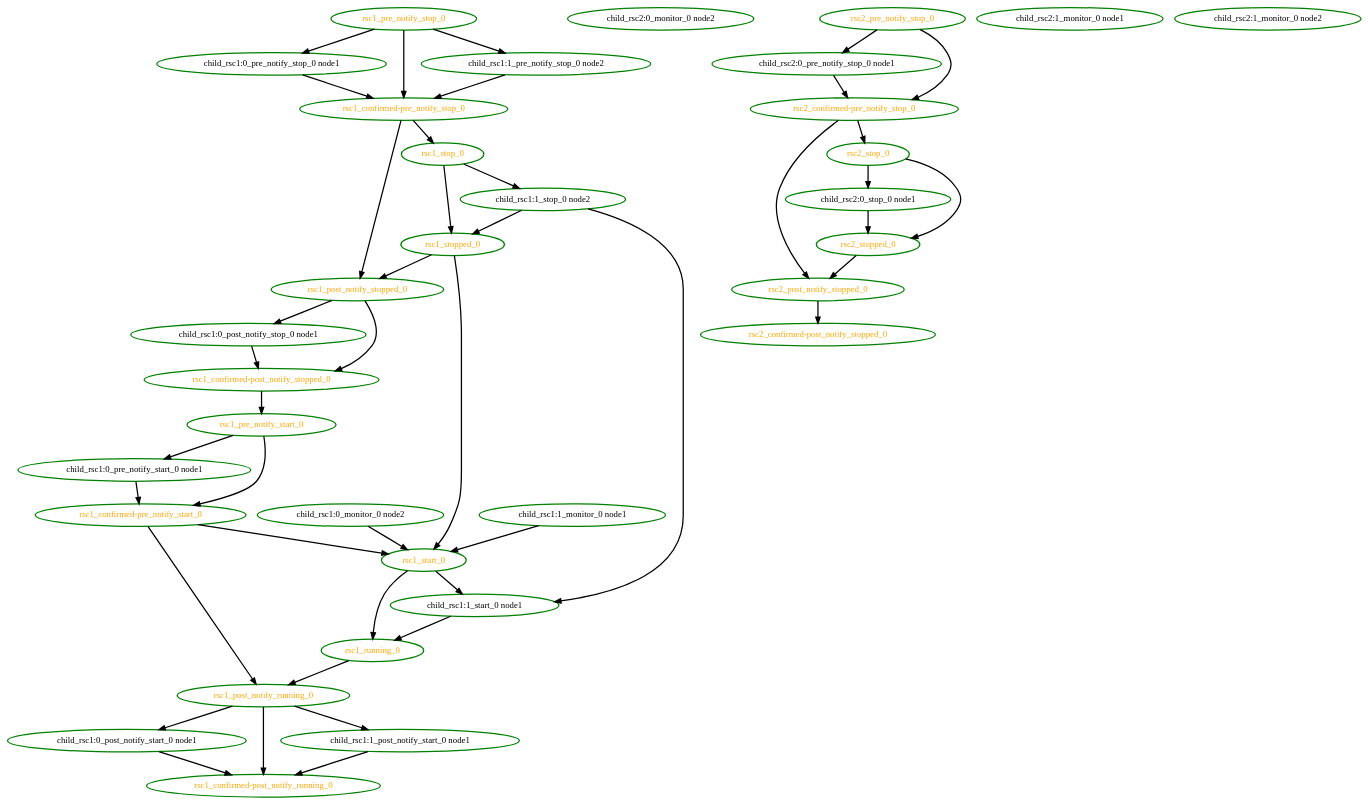
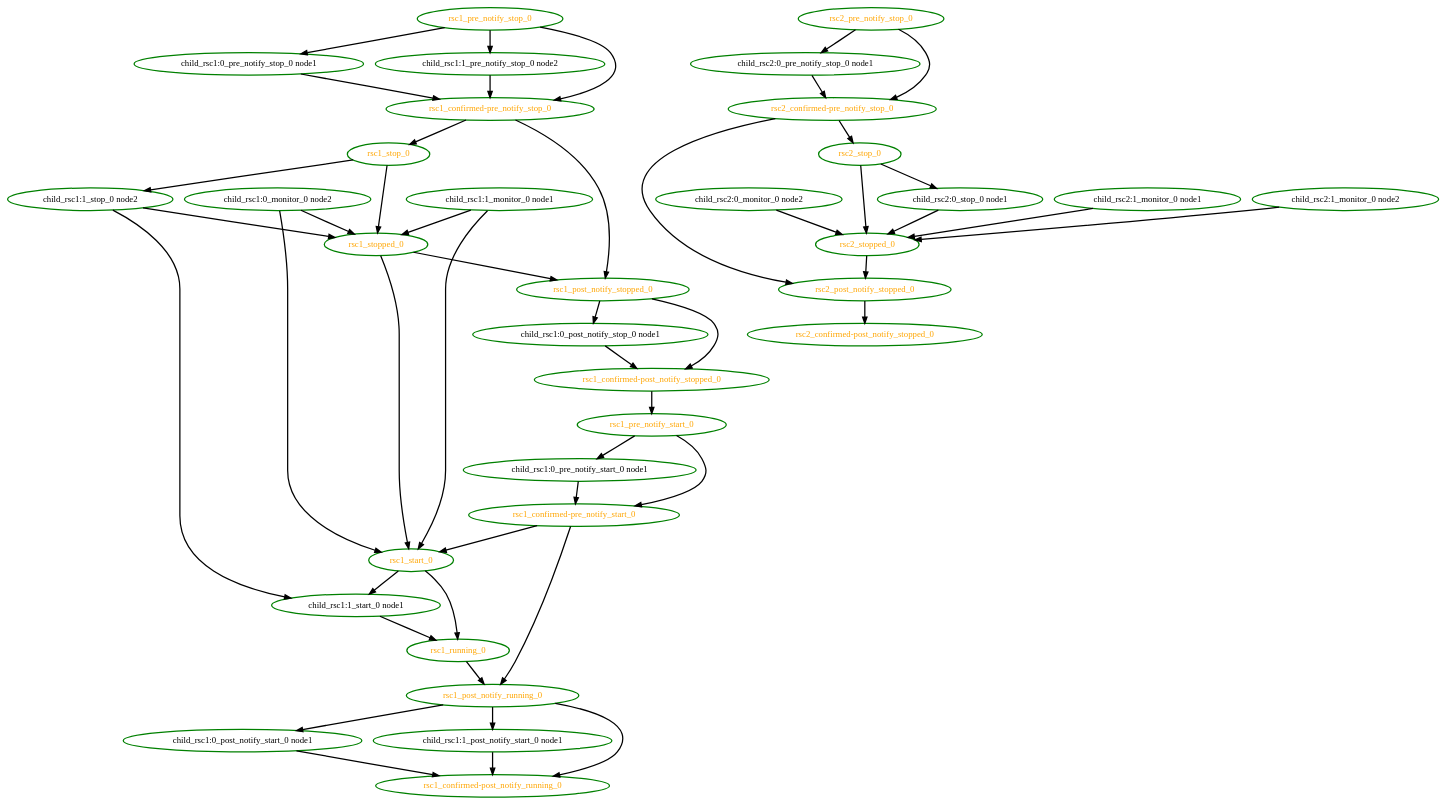
Before and after one commit to ClusterLabs/pacemaker: the diagram in pengine/test10/notify-3.dot, drawn with Graphviz. The commit also changed 82 other files, not shown here.

```diff
--- a/pengine/test10/notify-3.dot
+++ b/pengine/test10/notify-3.dot
@@ -1,78 +1,83 @@
  digraph "g" {
 "child_rsc1:0_monitor_0 node2" -> "rsc1_start_0" [ style = bold]
+"child_rsc1:0_monitor_0 node2" -> "rsc1_stopped_0" [ style = bold]
 "child_rsc1:0_monitor_0 node2" [ style=bold color="green" fontcolor="black" ]
 "child_rsc1:0_post_notify_start_0 node1" -> "rsc1_confirmed-post_notify_running_0" [ style = bold]
 "child_rsc1:0_post_notify_start_0 node1" [ style=bold color="green" fontcolor="black" ]
 "child_rsc1:0_post_notify_stop_0 node1" -> "rsc1_confirmed-post_notify_stopped_0" [ style = bold]
 "child_rsc1:0_post_notify_stop_0 node1" [ style=bold color="green" fontcolor="black" ]
 "child_rsc1:0_pre_notify_start_0 node1" -> "rsc1_confirmed-pre_notify_start_0" [ style = bold]
 "child_rsc1:0_pre_notify_start_0 node1" [ style=bold color="green" fontcolor="black" ]
 "child_rsc1:0_pre_notify_stop_0 node1" -> "rsc1_confirmed-pre_notify_stop_0" [ style = bold]
 "child_rsc1:0_pre_notify_stop_0 node1" [ style=bold color="green" fontcolor="black" ]
 "child_rsc1:1_monitor_0 node1" -> "rsc1_start_0" [ style = bold]
+"child_rsc1:1_monitor_0 node1" -> "rsc1_stopped_0" [ style = bold]
 "child_rsc1:1_monitor_0 node1" [ style=bold color="green" fontcolor="black" ]
 "child_rsc1:1_post_notify_start_0 node1" -> "rsc1_confirmed-post_notify_running_0" [ style = bold]
 "child_rsc1:1_post_notify_start_0 node1" [ style=bold color="green" fontcolor="black" ]
 "child_rsc1:1_pre_notify_stop_0 node2" -> "rsc1_confirmed-pre_notify_stop_0" [ style = bold]
 "child_rsc1:1_pre_notify_stop_0 node2" [ style=bold color="green" fontcolor="black" ]
 "child_rsc1:1_start_0 node1" -> "rsc1_running_0" [ style = bold]
 "child_rsc1:1_start_0 node1" [ style=bold color="green" fontcolor="black" ]
 "child_rsc1:1_stop_0 node2" -> "child_rsc1:1_start_0 node1" [ style = bold]
 "child_rsc1:1_stop_0 node2" -> "rsc1_stopped_0" [ style = bold]
 "child_rsc1:1_stop_0 node2" [ style=bold color="green" fontcolor="black" ]
+"child_rsc2:0_monitor_0 node2" -> "rsc2_stopped_0" [ style = bold]
 "child_rsc2:0_monitor_0 node2" [ style=bold color="green" fontcolor="black" ]
 "child_rsc2:0_pre_notify_stop_0 node1" -> "rsc2_confirmed-pre_notify_stop_0" [ style = bold]
 "child_rsc2:0_pre_notify_stop_0 node1" [ style=bold color="green" fontcolor="black" ]
 "child_rsc2:0_stop_0 node1" -> "rsc2_stopped_0" [ style = bold]
 "child_rsc2:0_stop_0 node1" [ style=bold color="green" fontcolor="black" ]
+"child_rsc2:1_monitor_0 node1" -> "rsc2_stopped_0" [ style = bold]
 "child_rsc2:1_monitor_0 node1" [ style=bold color="green" fontcolor="black" ]
+"child_rsc2:1_monitor_0 node2" -> "rsc2_stopped_0" [ style = bold]
 "child_rsc2:1_monitor_0 node2" [ style=bold color="green" fontcolor="black" ]
 "rsc1_confirmed-post_notify_running_0" [ style=bold color="green" fontcolor="orange" ]
 "rsc1_confirmed-post_notify_stopped_0" -> "rsc1_pre_notify_start_0" [ style = bold]
 "rsc1_confirmed-post_notify_stopped_0" [ style=bold color="green" fontcolor="orange" ]
 "rsc1_confirmed-pre_notify_start_0" -> "rsc1_post_notify_running_0" [ style = bold]
 "rsc1_confirmed-pre_notify_start_0" -> "rsc1_start_0" [ style = bold]
 "rsc1_confirmed-pre_notify_start_0" [ style=bold color="green" fontcolor="orange" ]
 "rsc1_confirmed-pre_notify_stop_0" -> "rsc1_post_notify_stopped_0" [ style = bold]
 "rsc1_confirmed-pre_notify_stop_0" -> "rsc1_stop_0" [ style = bold]
 "rsc1_confirmed-pre_notify_stop_0" [ style=bold color="green" fontcolor="orange" ]
 "rsc1_post_notify_running_0" -> "child_rsc1:0_post_notify_start_0 node1" [ style = bold]
 "rsc1_post_notify_running_0" -> "child_rsc1:1_post_notify_start_0 node1" [ style = bold]
 "rsc1_post_notify_running_0" -> "rsc1_confirmed-post_notify_running_0" [ style = bold]
 "rsc1_post_notify_running_0" [ style=bold color="green" fontcolor="orange" ]
 "rsc1_post_notify_stopped_0" -> "child_rsc1:0_post_notify_stop_0 node1" [ style = bold]
 "rsc1_post_notify_stopped_0" -> "rsc1_confirmed-post_notify_stopped_0" [ style = bold]
 "rsc1_post_notify_stopped_0" [ style=bold color="green" fontcolor="orange" ]
 "rsc1_pre_notify_start_0" -> "child_rsc1:0_pre_notify_start_0 node1" [ style = bold]
 "rsc1_pre_notify_start_0" -> "rsc1_confirmed-pre_notify_start_0" [ style = bold]
 "rsc1_pre_notify_start_0" [ style=bold color="green" fontcolor="orange" ]
 "rsc1_pre_notify_stop_0" -> "child_rsc1:0_pre_notify_stop_0 node1" [ style = bold]
 "rsc1_pre_notify_stop_0" -> "child_rsc1:1_pre_notify_stop_0 node2" [ style = bold]
 "rsc1_pre_notify_stop_0" -> "rsc1_confirmed-pre_notify_stop_0" [ style = bold]
 "rsc1_pre_notify_stop_0" [ style=bold color="green" fontcolor="orange" ]
 "rsc1_running_0" -> "rsc1_post_notify_running_0" [ style = bold]
 "rsc1_running_0" [ style=bold color="green" fontcolor="orange" ]
 "rsc1_start_0" -> "child_rsc1:1_start_0 node1" [ style = bold]
 "rsc1_start_0" -> "rsc1_running_0" [ style = bold]
 "rsc1_start_0" [ style=bold color="green" fontcolor="orange" ]
 "rsc1_stop_0" -> "child_rsc1:1_stop_0 node2" [ style = bold]
 "rsc1_stop_0" -> "rsc1_stopped_0" [ style = bold]
 "rsc1_stop_0" [ style=bold color="green" fontcolor="orange" ]
 "rsc1_stopped_0" -> "rsc1_post_notify_stopped_0" [ style = bold]
 "rsc1_stopped_0" -> "rsc1_start_0" [ style = bold]
 "rsc1_stopped_0" [ style=bold color="green" fontcolor="orange" ]
 "rsc2_confirmed-post_notify_stopped_0" [ style=bold color="green" fontcolor="orange" ]
 "rsc2_confirmed-pre_notify_stop_0" -> "rsc2_post_notify_stopped_0" [ style = bold]
 "rsc2_confirmed-pre_notify_stop_0" -> "rsc2_stop_0" [ style = bold]
 "rsc2_confirmed-pre_notify_stop_0" [ style=bold color="green" fontcolor="orange" ]
 "rsc2_post_notify_stopped_0" -> "rsc2_confirmed-post_notify_stopped_0" [ style = bold]
 "rsc2_post_notify_stopped_0" [ style=bold color="green" fontcolor="orange" ]
 "rsc2_pre_notify_stop_0" -> "child_rsc2:0_pre_notify_stop_0 node1" [ style = bold]
 "rsc2_pre_notify_stop_0" -> "rsc2_confirmed-pre_notify_stop_0" [ style = bold]
 "rsc2_pre_notify_stop_0" [ style=bold color="green" fontcolor="orange" ]
 "rsc2_stop_0" -> "child_rsc2:0_stop_0 node1" [ style = bold]
 "rsc2_stop_0" -> "rsc2_stopped_0" [ style = bold]
 "rsc2_stop_0" [ style=bold color="green" fontcolor="orange" ]
 "rsc2_stopped_0" -> "rsc2_post_notify_stopped_0" [ style = bold]
 "rsc2_stopped_0" [ style=bold color="green" fontcolor="orange" ]
 }
```
